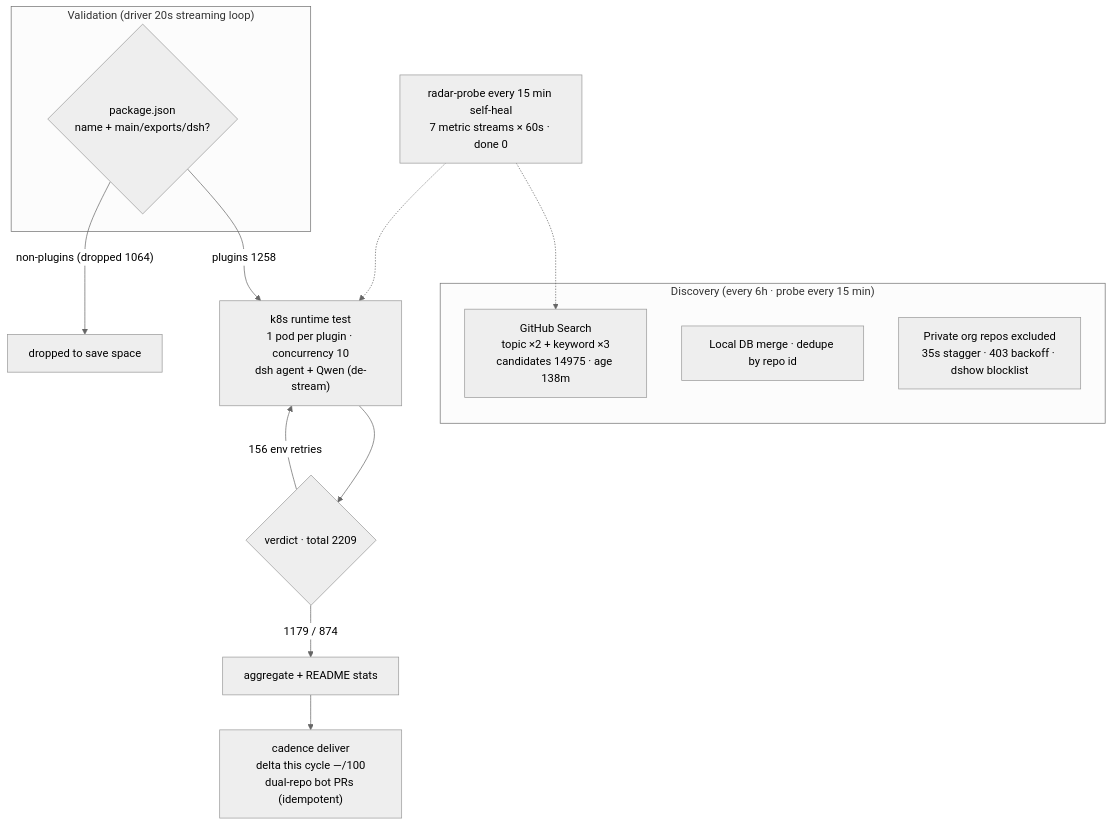
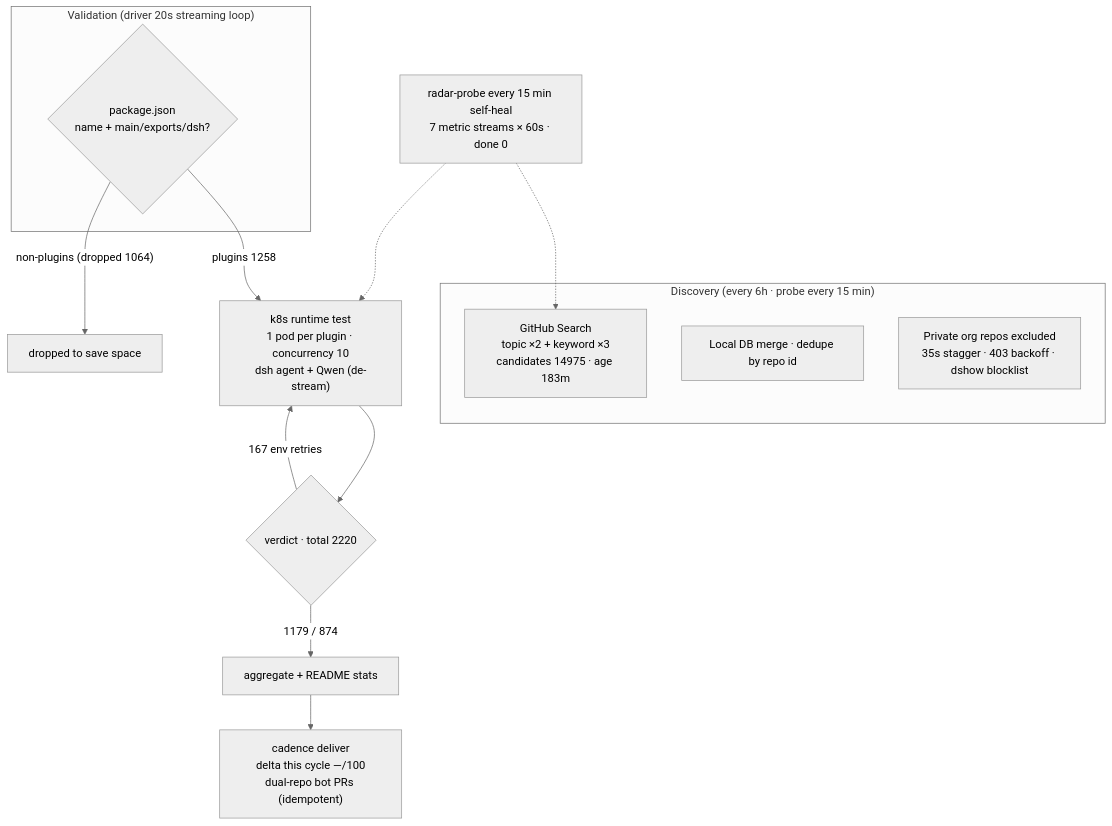
The diagram in README.en-US.md (AdamPlatin123/awesome-dsh-plugins), drawn with Mermaid (neutral theme) before and after one commit. The commit also changed other lines of this file and 5 other files, not shown here.

````diff
--- a/README.en-US.md
+++ b/README.en-US.md
@@ -30,20 +30,20 @@
 ```mermaid
 flowchart TB
     subgraph Discovery["Discovery (every 6h · probe every 15 min)"]
-        A1["GitHub Search<br/>topic ×2 + keyword ×3<br/>candidates 14975 · age 138m"]
+        A1["GitHub Search<br/>topic ×2 + keyword ×3<br/>candidates 14975 · age 183m"]
         A2["Local DB merge · dedupe by repo id"]
         A3["Private org repos excluded<br/>35s stagger · 403 backoff · dshow blocklist"]
     end
     subgraph Validation["Validation (driver 20s streaming loop)"]
         B1{"package.json<br/>name + main/exports/dsh?"}
     end
     B1 -->|"plugins 1258"| C1["k8s runtime test<br/>1 pod per plugin · concurrency 10<br/>dsh agent + Qwen (de-stream)"]
     B1 -->|"non-plugins (dropped 1064)"| B3["dropped to save space"]
-    C1 --> D1{"verdict · total 2209"}
+    C1 --> D1{"verdict · total 2220"}
     D1 -->|"1179 / 874"| E1["aggregate + README stats"]
-    D1 -->|"156 env retries"| C1
+    D1 -->|"167 env retries"| C1
     E1 --> E2["cadence deliver<br/>delta this cycle —/100<br/>dual-repo bot PRs (idempotent)"]
     M["radar-probe every 15 min self-heal<br/>7 metric streams × 60s · done 0"]
     M -.-> A1
     M -.-> C1
 ```
````
